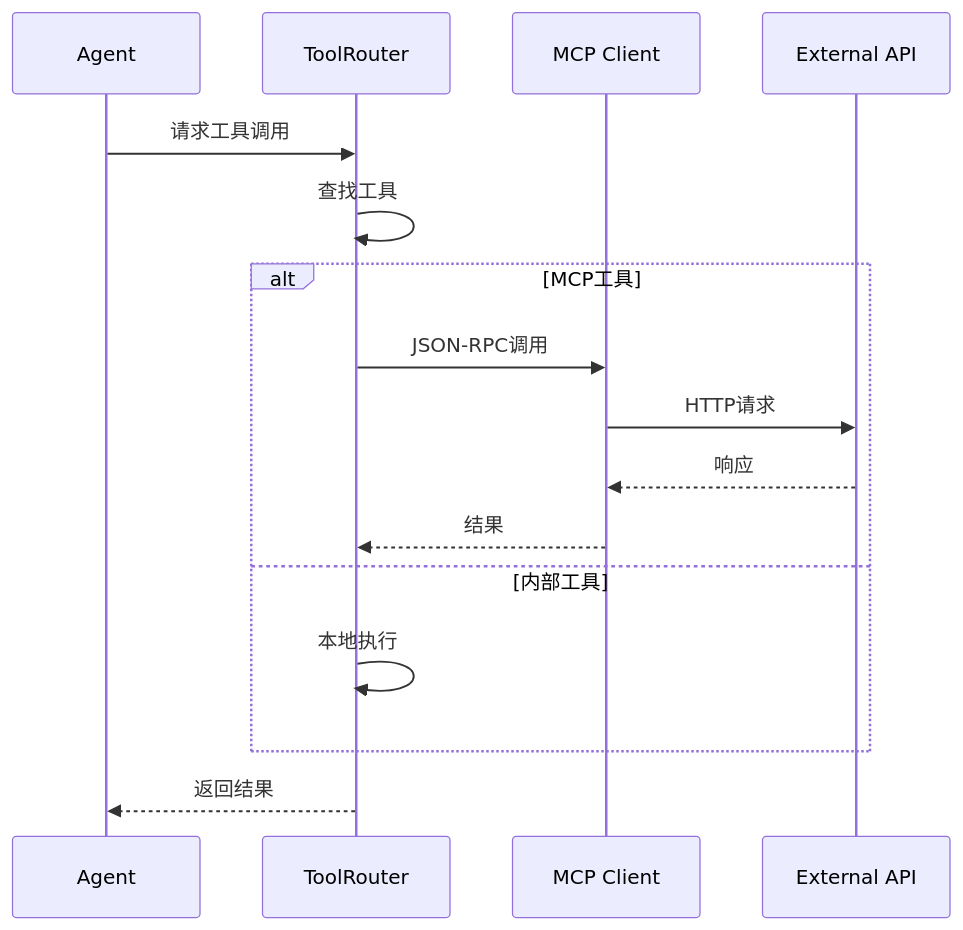
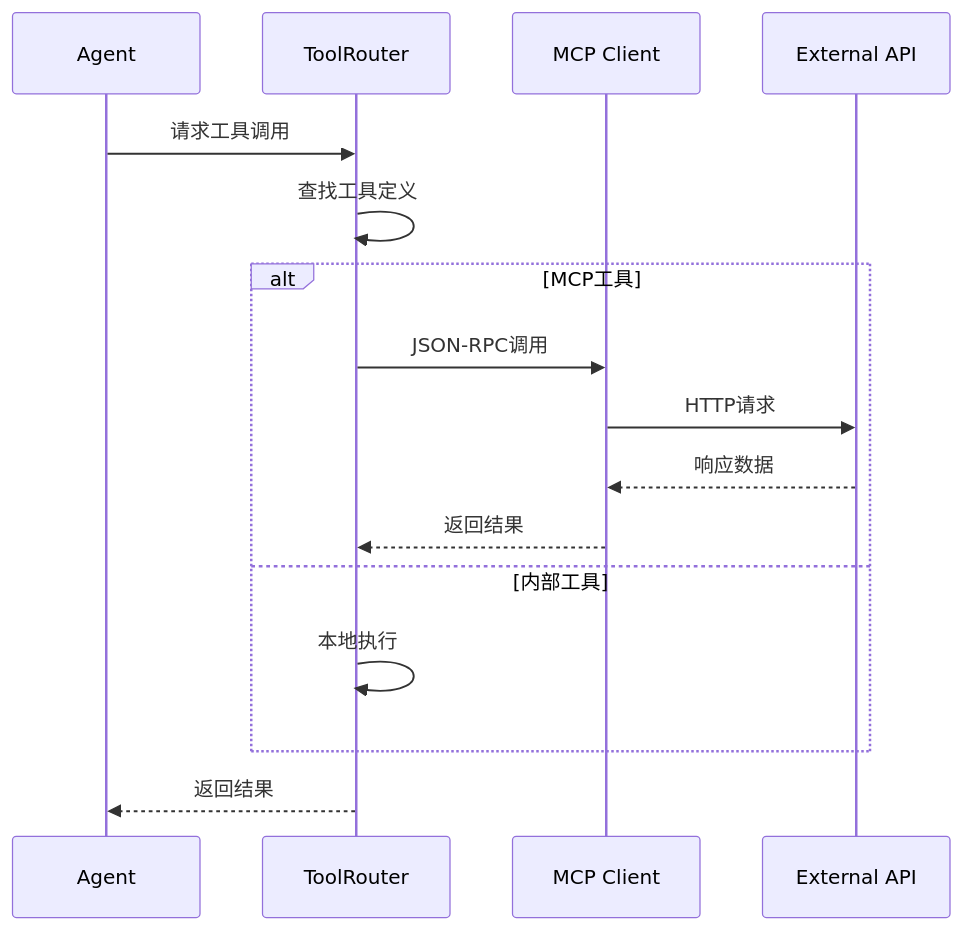
The second of 2 diagrams in OpsPilot/docs/architecture/module-tool.md (Aiting-for-you/OpsPilot), drawn with Mermaid before and after one commit. The commit also changed other lines of this file and 6 other files, not shown here.

Commit message:
style: 重构架构图设计，采用C4模型原则

````diff
--- a/OpsPilot/docs/architecture/module-tool.md
+++ b/OpsPilot/docs/architecture/module-tool.md
@@ -47,21 +53,21 @@
 ```mermaid
 sequenceDiagram
-    participant Agent as Agent
-    participant Router as ToolRouter
-    participant MCP as MCP Client
-    participant API as External API
+    participant A as Agent
+    participant R as ToolRouter
+    participant M as MCP Client
+    participant E as External API
 
-    Agent->>Router: 请求工具调用
-    Router->>Router: 查找工具
-    
+    A->>R: 请求工具调用
+    R->>R: 查找工具定义
+
     alt MCP工具
-        Router->>MCP: JSON-RPC调用
-        MCP->>API: HTTP请求
-        API-->>MCP: 响应
-        MCP-->>Router: 结果
+        R->>M: JSON-RPC调用
+        M->>E: HTTP请求
+        E-->>M: 响应数据
+        M-->>R: 返回结果
     else 内部工具
-        Router->>Router: 本地执行
+        R->>R: 本地执行
     end
-    
-    Router-->>Agent: 返回结果
+
+    R-->>A: 返回结果
 ```
````
